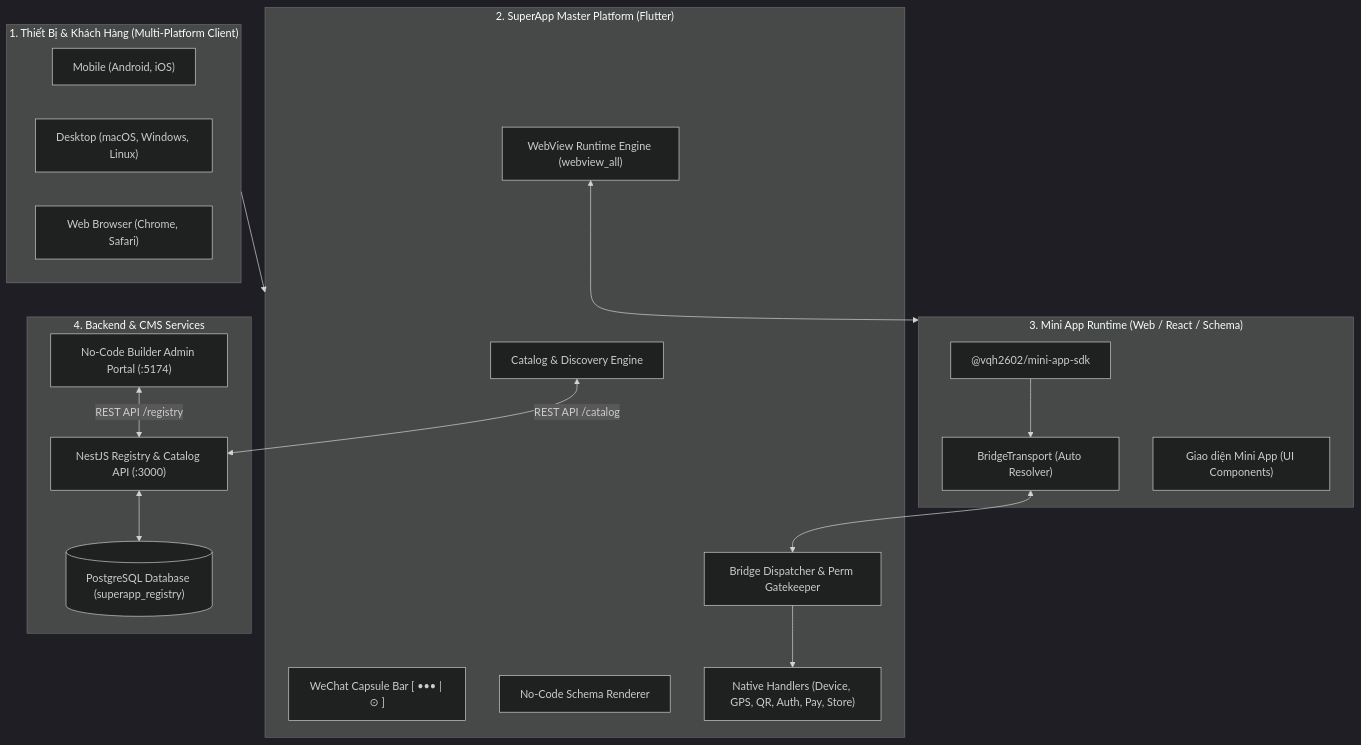
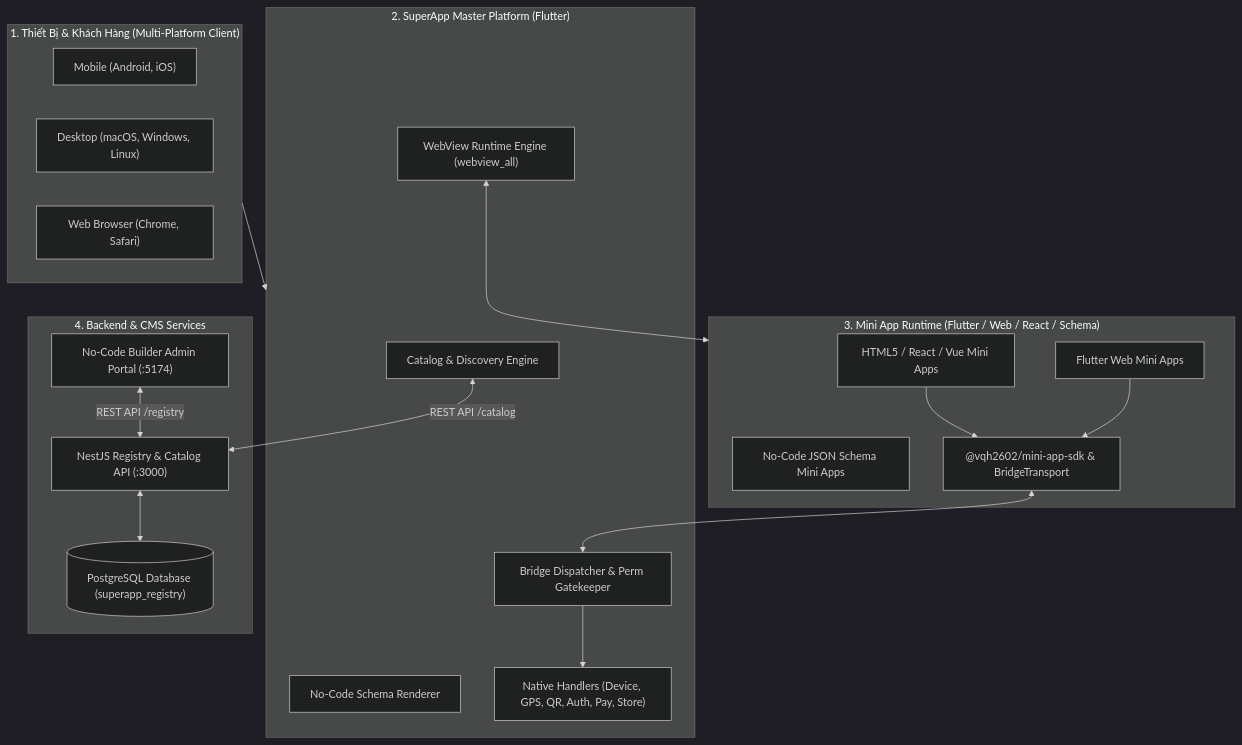
One commit to vqh2602/superapp_platform changed the diagram in README.md. Above: the diagram before and after it, drawn with Mermaid (dark theme). The commit also changed 1 other file, not shown here.

Commit message:
docs: update README and superapp documentation

````diff
--- a/README.md
+++ b/README.md
@@ -53,39 +53,40 @@
 ```mermaid
 flowchart TB
     subgraph ClientDevices["1. Thiết Bị & Khách Hàng (Multi-Platform Client)"]
         MobileApp["Mobile (Android, iOS)"]
         DesktopApp["Desktop (macOS, Windows, Linux)"]
         WebApp["Web Browser (Chrome, Safari)"]
     end
 
     subgraph FlutterShell["2. SuperApp Master Platform (Flutter)"]
         CatalogModule["Catalog & Discovery Engine"]
-        CapsuleBar["WeChat Capsule Bar [ ••• | ⊙ ]"]
         WebViewRuntime["WebView Runtime Engine (webview_all)"]
         SchemaEngine["No-Code Schema Renderer"]
         BridgeDispatcher["Bridge Dispatcher & Perm Gatekeeper"]
         NativeHandlers["Native Handlers (Device, GPS, QR, Auth, Pay, Store)"]
     end
 
-    subgraph MiniAppSandbox["3. Mini App Runtime (Web / React / Schema)"]
-        SDK["@vqh2602/mini-app-sdk"]
-        Transport["BridgeTransport (Auto Resolver)"]
-        MiniAppView["Giao diện Mini App (UI Components)"]
+    subgraph MiniAppSandbox["3. Mini App Runtime (Flutter / Web / React / Schema)"]
+        FlutterMiniApp["Flutter Web Mini Apps"]
+        WebMiniApp["HTML5 / React / Vue Mini Apps"]
+        SchemaMiniApp["No-Code JSON Schema Mini Apps"]
+        SDK["@vqh2602/mini-app-sdk & BridgeTransport"]
     end
 
     subgraph BackendServices["4. Backend & CMS Services"]
         NestServer["NestJS Registry & Catalog API (:3000)"]
         PostgresDB[("PostgreSQL Database (superapp_registry)")]
         BuilderCMS["No-Code Builder Admin Portal (:5174)"]
     end
 
     ClientDevices --> FlutterShell
     WebViewRuntime <--> MiniAppSandbox
-    SDK --> Transport
-    Transport <--> BridgeDispatcher
+    FlutterMiniApp --> SDK
+    WebMiniApp --> SDK
+    SDK <--> BridgeDispatcher
     BridgeDispatcher --> NativeHandlers
 
     CatalogModule <-->|REST API /catalog| NestServer
     BuilderCMS <-->|REST API /registry| NestServer
     NestServer <--> PostgresDB
 ```
````
